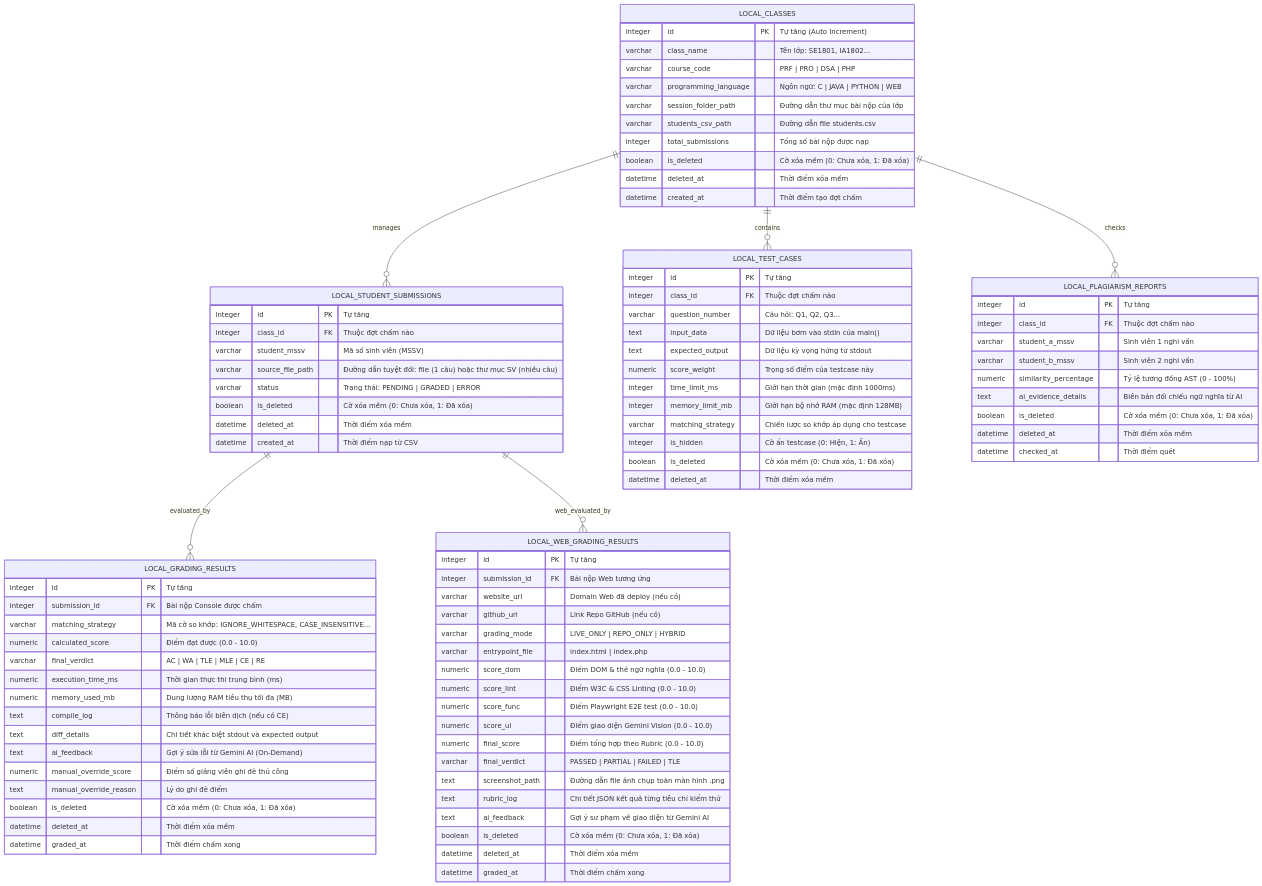
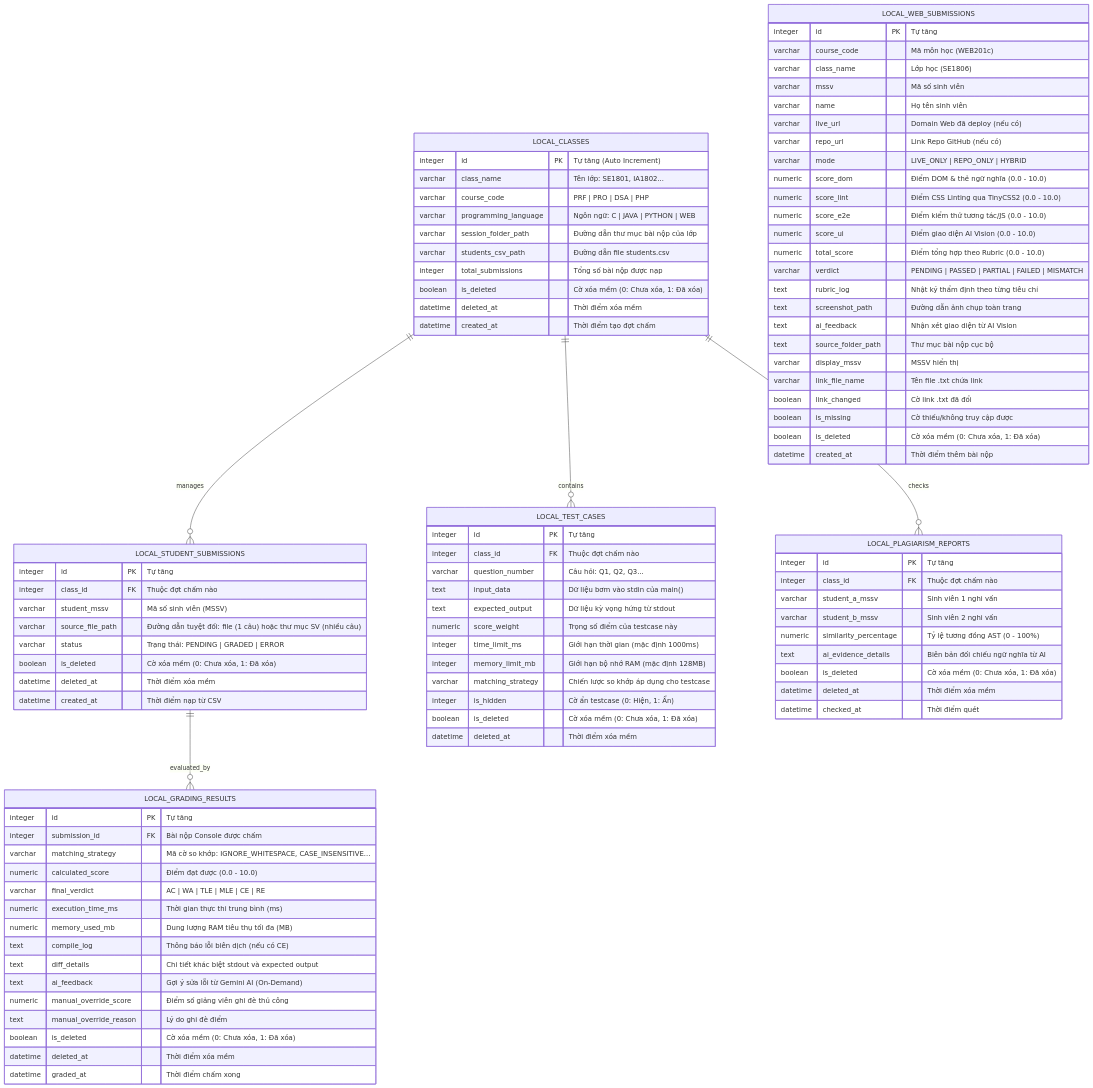
Before and after one commit to gray8493/iata_project: the second of 2 diagrams in docs/architecture/database_schema.md, drawn with Mermaid. The commit also changed other lines of this file and 9 other files, not shown here.

First line of the commit message:
feat(web-grading): remove mock/dead code, sync docs & polish Web Studio UX

```diff
--- a/docs/architecture/database_schema.md
+++ b/docs/architecture/database_schema.md
@@ -78,7 +78,6 @@
     LOCAL_CLASSES ||--o{ LOCAL_STUDENT_SUBMISSIONS : "manages"
     LOCAL_CLASSES ||--o{ LOCAL_TEST_CASES : "contains"
     LOCAL_STUDENT_SUBMISSIONS ||--o{ LOCAL_GRADING_RESULTS : "evaluated_by"
-    LOCAL_STUDENT_SUBMISSIONS ||--o{ LOCAL_WEB_GRADING_RESULTS : "web_evaluated_by"
     LOCAL_CLASSES ||--o{ LOCAL_PLAGIARISM_REPORTS : "checks"
 
     LOCAL_CLASSES {
@@ -138,25 +137,31 @@
         datetime graded_at "Thời điểm chấm xong"
     }
 
-    LOCAL_WEB_GRADING_RESULTS {
+    LOCAL_WEB_SUBMISSIONS {
         integer id PK "Tự tăng"
-        integer submission_id FK "Bài nộp Web tương ứng"
-        varchar website_url "Domain Web đã deploy (nếu có)"
-        varchar github_url "Link Repo GitHub (nếu có)"
-        varchar grading_mode "LIVE_ONLY | REPO_ONLY | HYBRID"
-        varchar entrypoint_file "index.html | index.php"
+        varchar course_code "Mã môn học (WEB201c)"
+        varchar class_name "Lớp học (SE1806)"
+        varchar mssv "Mã số sinh viên"
+        varchar name "Họ tên sinh viên"
+        varchar live_url "Domain Web đã deploy (nếu có)"
+        varchar repo_url "Link Repo GitHub (nếu có)"
+        varchar mode "LIVE_ONLY | REPO_ONLY | HYBRID"
         numeric score_dom "Điểm DOM & thẻ ngữ nghĩa (0.0 - 10.0)"
-        numeric score_lint "Điểm W3C & CSS Linting (0.0 - 10.0)"
-        numeric score_func "Điểm Playwright E2E test (0.0 - 10.0)"
-        numeric score_ui "Điểm giao diện Gemini Vision (0.0 - 10.0)"
-        numeric final_score "Điểm tổng hợp theo Rubric (0.0 - 10.0)"
-        varchar final_verdict "PASSED | PARTIAL | FAILED | TLE"
-        text screenshot_path "Đường dẫn file ảnh chụp toàn màn hình .png"
-        text rubric_log "Chi tiết JSON kết quả từng tiêu chí kiểm thử"
-        text ai_feedback "Gợi ý sư phạm về giao diện từ Gemini AI"
+        numeric score_lint "Điểm CSS Linting qua TinyCSS2 (0.0 - 10.0)"
+        numeric score_e2e "Điểm kiểm thử tương tác/JS (0.0 - 10.0)"
+        numeric score_ui "Điểm giao diện AI Vision (0.0 - 10.0)"
+        numeric total_score "Điểm tổng hợp theo Rubric (0.0 - 10.0)"
+        varchar verdict "PENDING | PASSED | PARTIAL | FAILED | MISMATCH"
+        text rubric_log "Nhật ký thẩm định theo từng tiêu chí"
+        text screenshot_path "Đường dẫn ảnh chụp toàn trang"
+        text ai_feedback "Nhận xét giao diện từ AI Vision"
+        text source_folder_path "Thư mục bài nộp cục bộ"
+        varchar display_mssv "MSSV hiển thị"
+        varchar link_file_name "Tên file .txt chứa link"
+        boolean link_changed "Cờ link .txt đã đổi"
+        boolean is_missing "Cờ thiếu/không truy cập được"
         boolean is_deleted "Cờ xóa mềm (0: Chưa xóa, 1: Đã xóa)"
-        datetime deleted_at "Thời điểm xóa mềm"
-        datetime graded_at "Thời điểm chấm xong"
+        datetime created_at "Thời điểm thêm bài nộp"
     }
 
     LOCAL_PLAGIARISM_REPORTS {
```
